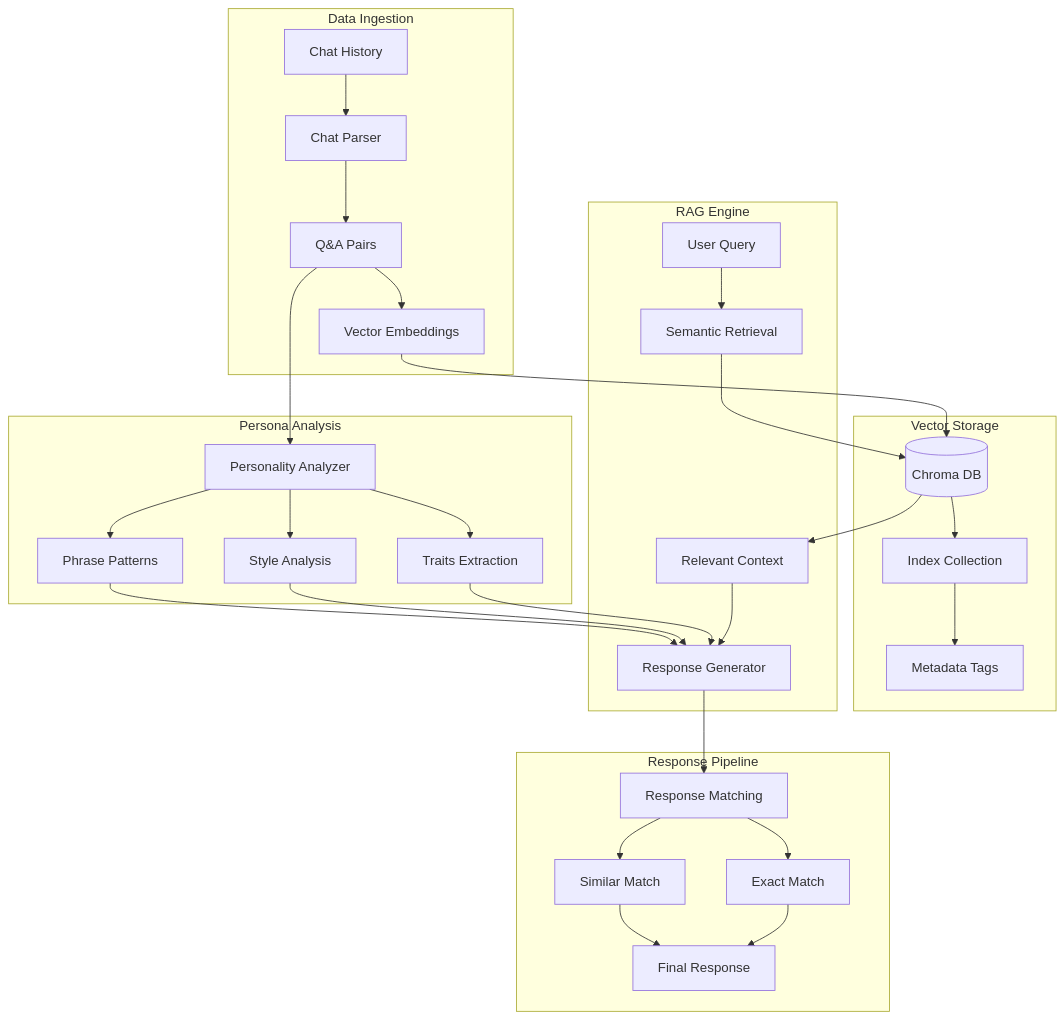
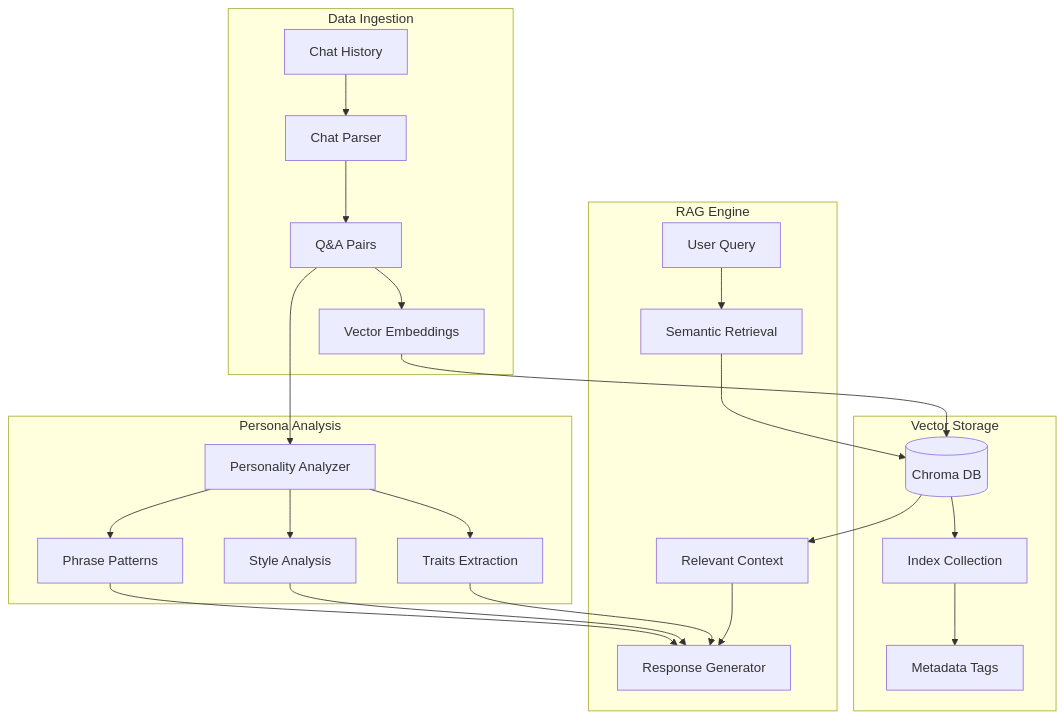
The diagram in README.md (Ivanye2509/Open_Source_AI_Hackathon), drawn with Mermaid before and after one commit. The commit also changed other lines of this file, not shown here.

````diff
--- a/README.md
+++ b/README.md
@@ -5,39 +7,31 @@
 ```mermaid
 graph TD
     subgraph Data Ingestion
         CH[Chat History] --> Parser[Chat Parser]
         Parser --> QA[Q&A Pairs]
         QA --> VE[Vector Embeddings]
     end
 
     subgraph Vector Storage
         VE --> VS[(Chroma DB)]
         VS --> IC[Index Collection]
         IC --> MT[Metadata Tags]
     end
 
     subgraph Persona Analysis
         QA --> PA[Personality Analyzer]
         PA --> PT[Traits Extraction]
         PA --> PS[Style Analysis]
         PA --> PP[Phrase Patterns]
     end
 
     subgraph RAG Engine
         UQ[User Query] --> SR[Semantic Retrieval]
         SR --> VS
         VS --> RC[Relevant Context]
         RC --> RG[Response Generator]
         PT --> RG
         PS --> RG
         PP --> RG
     end
-
-    subgraph Response Pipeline
-        RG --> RM[Response Matching]
-        RM --> EX[Exact Match]
-        RM --> SM[Similar Match]
-        EX --> FR[Final Response]
-        SM --> FR
-    end
 ```
````
